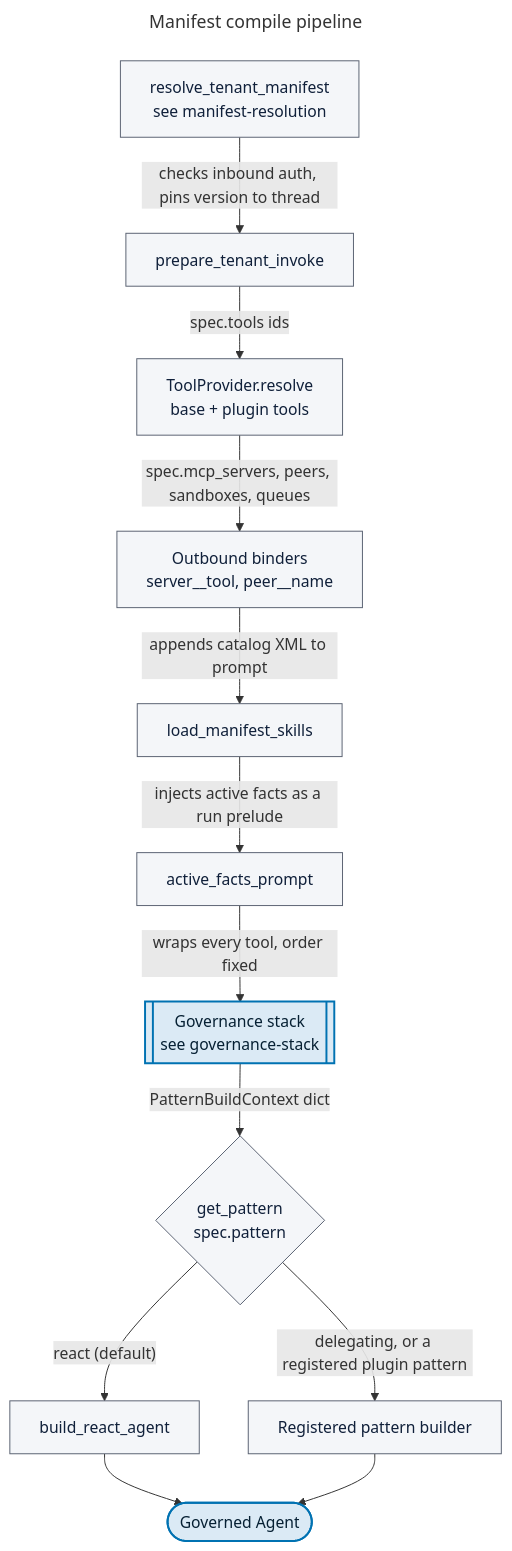
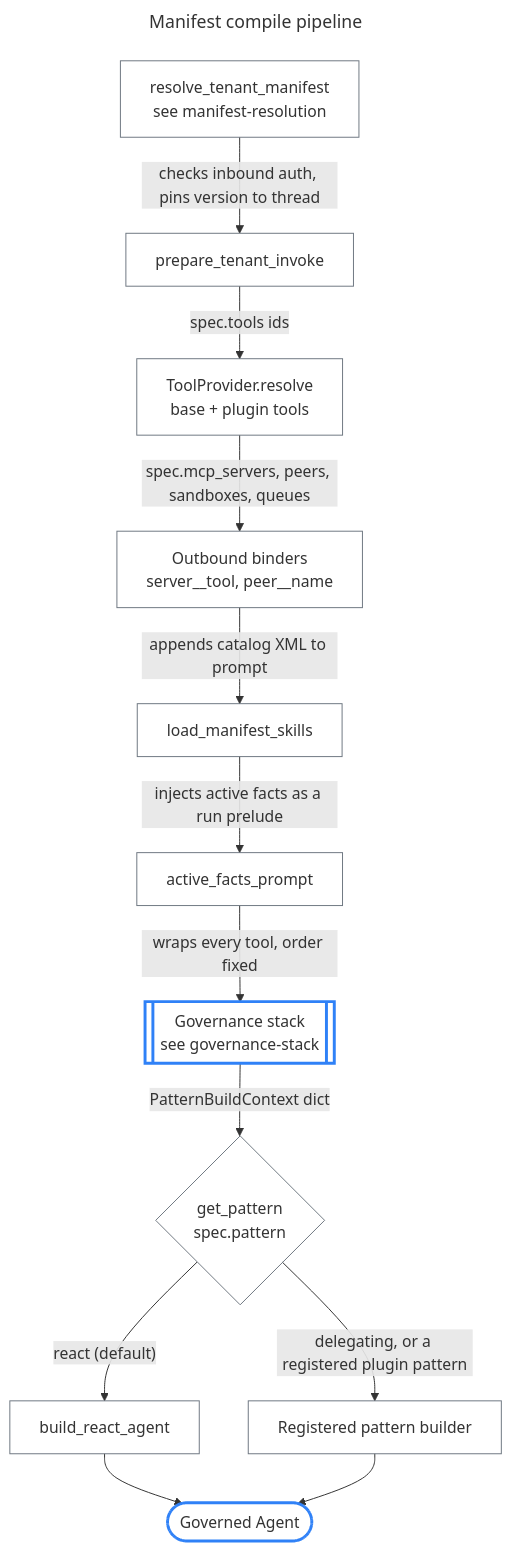
The diagram in docs/diagrams/compile-pipeline.mmd (felix-run/felix), drawn with Mermaid before and after one commit. The commit also changed 11 other files, not shown here.

```diff
--- a/docs/diagrams/compile-pipeline.mmd
+++ b/docs/diagrams/compile-pipeline.mmd
@@ -1,32 +1,32 @@
 ---
 title: Manifest compile pipeline
 ---
 %% Source of truth: packages/harness/src/felix/manifests/builder.py:build_agent
 %% and packages/harness/src/felix/runtime.py
 flowchart TB
     accTitle: How a felix/v1 manifest becomes a governed Agent
     accDescr: Every request compiles its agent from scratch. resolve_tenant_manifest picks a manifest version, prepare_tenant_invoke enforces the manifest's own inbound auth rule and pins the version to the thread, then build_agent resolves base tools from the ToolProvider, binds outbound tools named in the spec — MCP servers, A2A peers, browsers, sandboxes, queues — appends the Agent Skills catalog to the prompt and a recalled-facts prelude beside it, wraps every resolved tool in the governance stack, and hands the result to a pattern builder from the open registry. Nothing in core enumerates patterns; build_react_agent is simply the one most manifests name.
 
     resolve["resolve_tenant_manifest<br/>see manifest-resolution"]
     resolve -->|"checks inbound auth, pins version to thread"| prep[prepare_tenant_invoke]
     prep -->|"spec.tools ids"| base["ToolProvider.resolve<br/>base + plugin tools"]
 
     base -->|"spec.mcp_servers, peers, sandboxes, queues"| bind["Outbound binders<br/>server__tool, peer__name"]
     bind -->|"appends catalog XML to prompt"| skills["load_manifest_skills"]
     skills -->|"injects active facts as a run prelude"| facts["active_facts_prompt"]
 
     facts -->|"wraps every tool, order fixed"| gov[["Governance stack<br/>see governance-stack"]]
     gov -->|"PatternBuildContext dict"| registry{"get_pattern<br/>spec.pattern"}
     registry -->|"react (default)"| react[build_react_agent]
     registry -->|"delegating, or a registered plugin pattern"| other[Registered pattern builder]
 
     react --> agent(["Governed Agent"])
     other --> agent
 
     class agent focal
     class gov focal
     class resolve,prep,base,bind,skills,facts,react,other primary
     class registry primary
 
-    classDef focal    fill:#dbeaf5,stroke:#0072B2,stroke-width:2px,color:#062033
-    classDef primary  fill:#f4f6f9,stroke:#5a6272,stroke-width:1px,color:#10203a
+    classDef focal    fill:none,stroke:#2F81F7,stroke-width:3px
+    classDef primary  fill:none,stroke:#6e7781,stroke-width:1px
```
